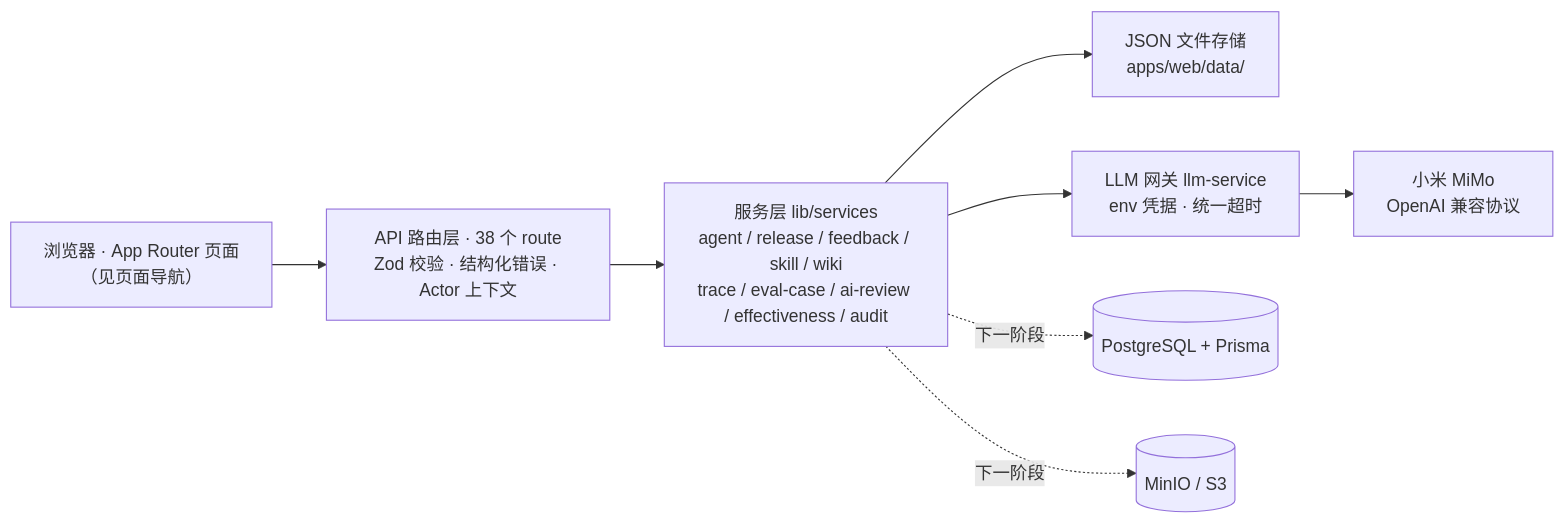
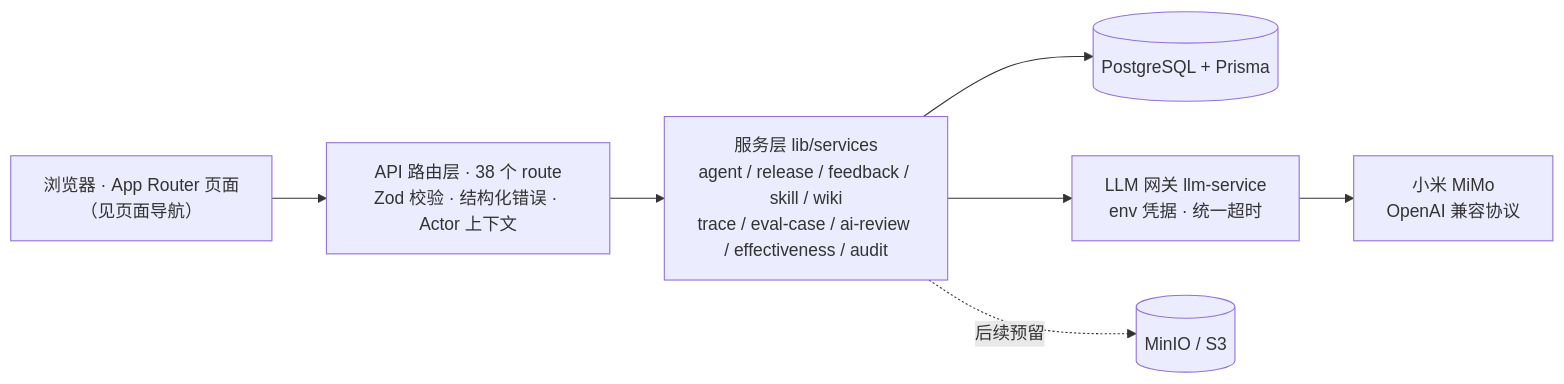
One commit to ai-guru-global/agent-up changed the first of 2 diagrams in README.md. Above: the diagram before and after it, drawn with Mermaid. The commit also changed other lines of this file and 5 other files, not shown here.

First line of the commit message:
docs: 批5 文档同步——全仓口径切换到 PostgreSQL 持久化 + 终审记录回写（批5 T6）

````diff
--- a/README.md
+++ b/README.md
@@ -143,10 +143,9 @@
 ```mermaid
 flowchart LR
     P["浏览器 · App Router 页面<br/>（见页面导航）"] --> A["API 路由层 · 38 个 route<br/>Zod 校验 · 结构化错误 · Actor 上下文"]
     A --> S["服务层 lib/services<br/>agent / release / feedback / skill / wiki<br/>trace / eval-case / ai-review / effectiveness / audit"]
-    S --> D["JSON 文件存储<br/>apps/web/data/"]
+    S --> DB[("PostgreSQL + Prisma")]
     S --> L["LLM 网关 llm-service<br/>env 凭据 · 统一超时"]
     L --> M["小米 MiMo<br/>OpenAI 兼容协议"]
-    S -. 下一阶段 .-> DB[("PostgreSQL + Prisma")]
-    S -. 下一阶段 .-> O[("MinIO / S3")]
+    S -. 后续预留 .-> O[("MinIO / S3")]
 ```
````
